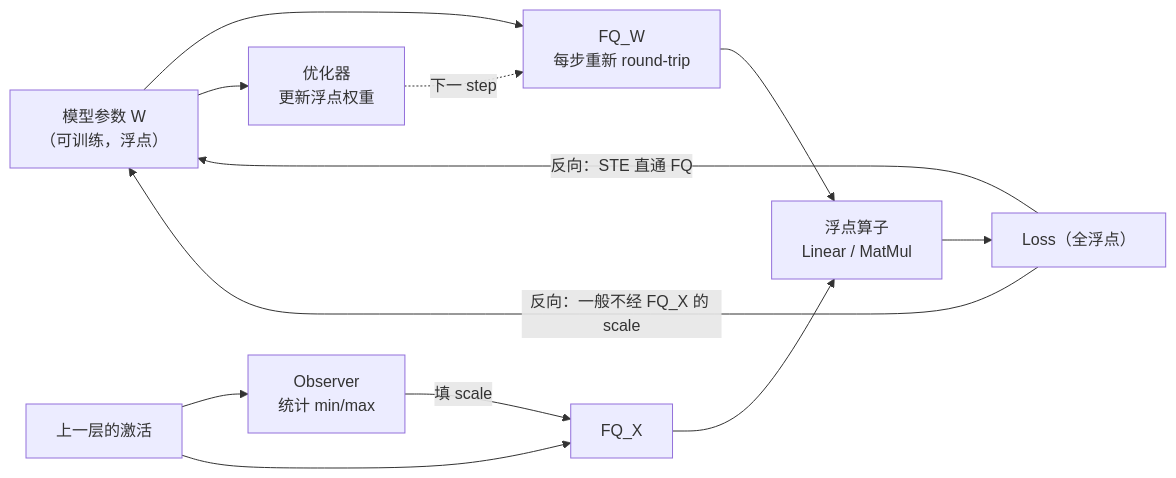
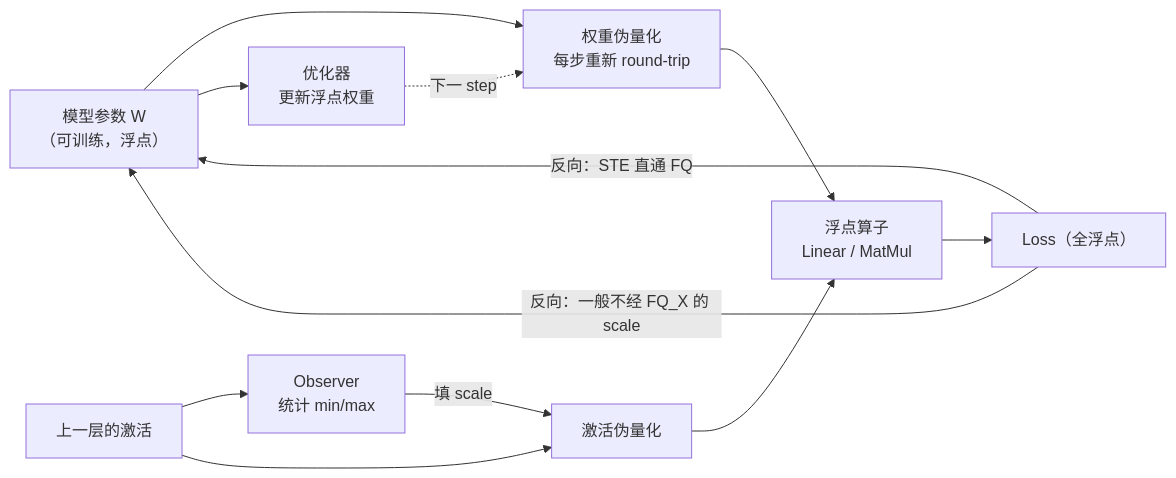
The third of 4 diagrams in _posts/2026-08-26-llm-quant-11-fake-quant-insertion.md (lrypcy/lrypcy.github.io), drawn with Mermaid before and after one commit. The commit also changed other lines of this file and 7 other files, not shown here.

````diff
--- a/_posts/2026-08-26-llm-quant-11-fake-quant-insertion.md
+++ b/_posts/2026-08-26-llm-quant-11-fake-quant-insertion.md
@@ -389,14 +400,14 @@
 ```mermaid
 flowchart LR
-    P["模型参数 W<br>（可训练，浮点）"] --> FQ["FQ_W<br>每步重新 round-trip"]
+    P["模型参数 W<br>（可训练，浮点）"] --> FQ["权重伪量化<br>每步重新 round-trip"]
     X["上一层的激活"] --> OBS["Observer<br>统计 min/max"]
-    OBS -->|"填 scale"| FQ2["FQ_X"]
+    OBS -->|"填 scale"| FQ2["激活伪量化"]
     X --> FQ2
     FQ --> OP["浮点算子<br>Linear / MatMul"]
     FQ2 --> OP
     OP --> L["Loss（全浮点）"]
     L -->|"反向：STE 直通 FQ"| P
     L -->|"反向：一般不经 FQ_X 的 scale"| P
     P --> OPT["优化器<br>更新浮点权重"]
     OPT -.->|"下一 step"| FQ
 ```
````
